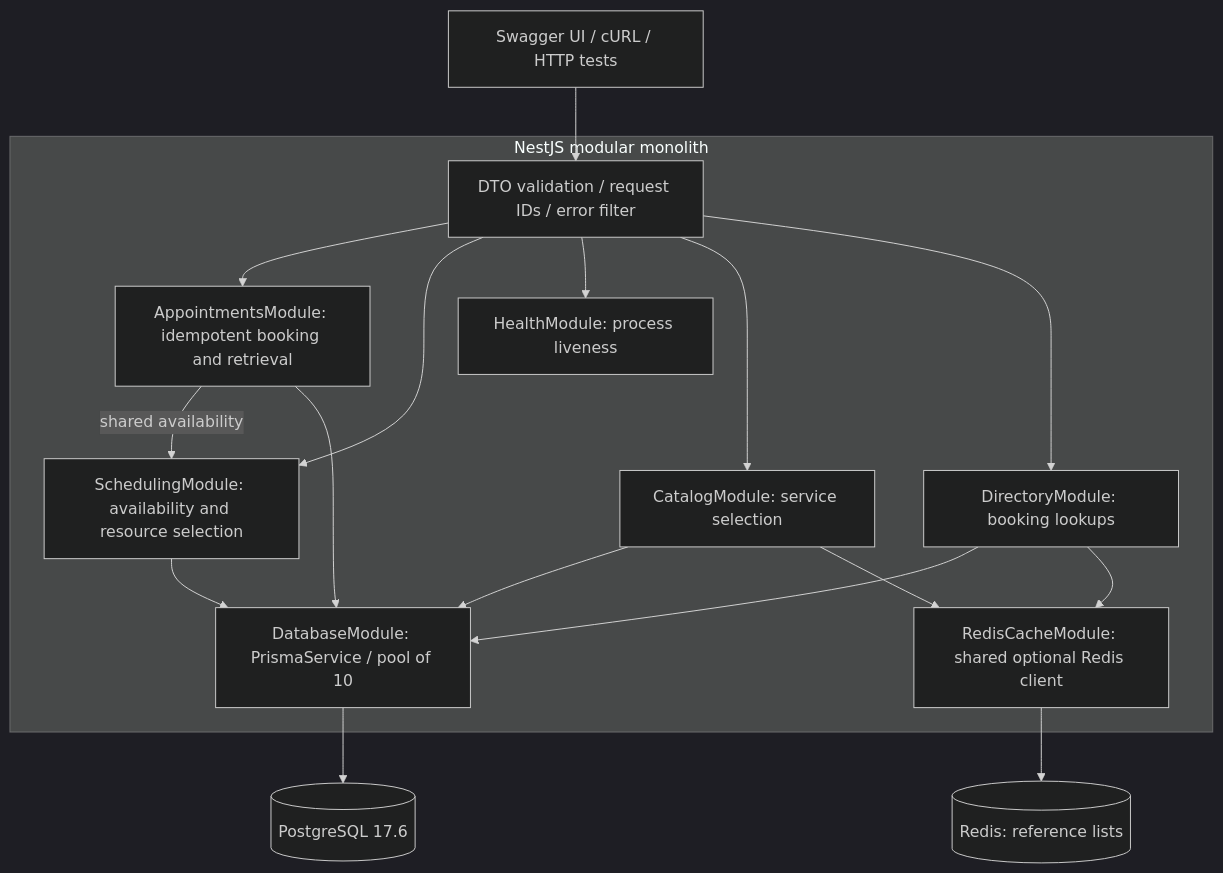
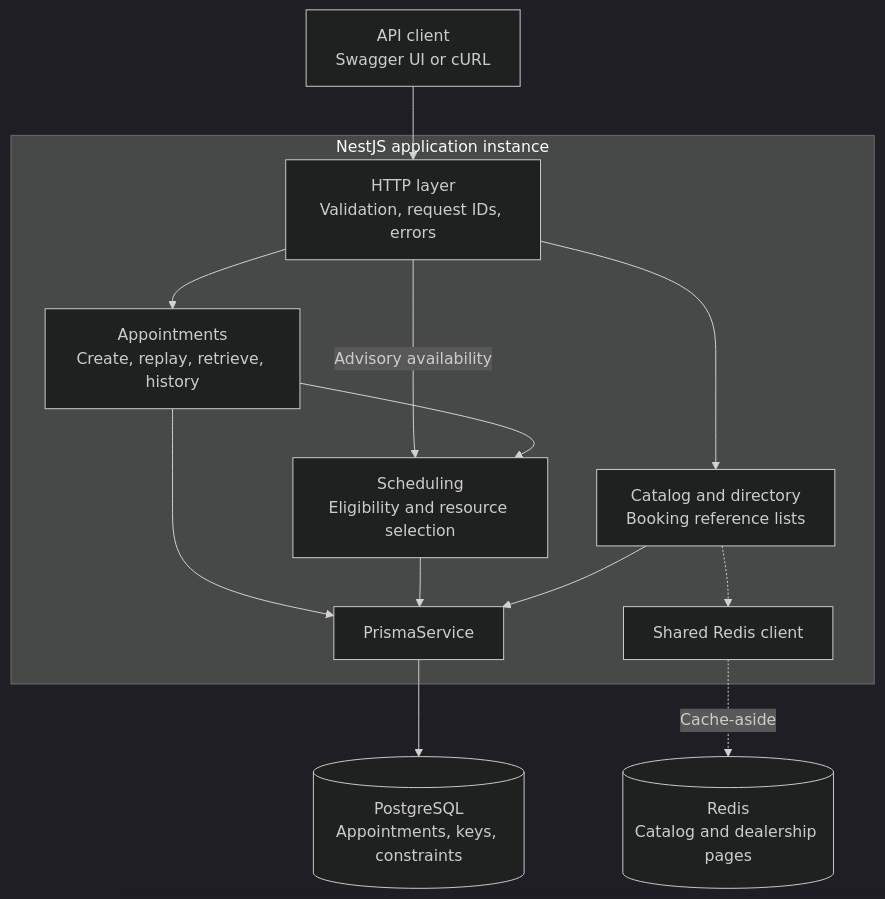
Before and after one commit to kiettle/keyloop-service-scheduler: the first of 5 diagrams in docs/SYSTEM_DESIGN.md, drawn with Mermaid (dark theme). The commit also changed other lines of this file and 47 other files, not shown here.

````diff
--- a/docs/SYSTEM_DESIGN.md
+++ b/docs/SYSTEM_DESIGN.md
@@ -28,28 +37,17 @@
 ```mermaid
 flowchart TB
-  Client["Swagger UI / cURL / HTTP tests"]
-  subgraph App["NestJS modular monolith"]
-    HTTP["DTO validation / request IDs / error filter"]
-    Bookings["AppointmentsModule: idempotent booking and retrieval"]
-    Scheduling["SchedulingModule: availability and resource selection"]
-    Health["HealthModule: process liveness"]
-    Catalog["CatalogModule: service selection"]
-    Cache["RedisCacheModule: shared optional Redis client"]
-    Prisma["DatabaseModule: PrismaService / pool of 10"]
-    HTTP --> Bookings
-    HTTP --> Scheduling
-    HTTP --> Health
-    HTTP --> Catalog
-    Catalog --> Prisma
-    Catalog --> Cache
-    HTTP --> Directory["DirectoryModule: booking lookups"]
-    Directory --> Prisma
-    Directory --> Cache
-    Bookings -->|shared availability| Scheduling
-    Bookings --> Prisma
+  Client["API client<br/>Swagger UI or cURL"] --> HTTP
+  subgraph App["NestJS application instance"]
+    HTTP["HTTP layer<br/>Validation, request IDs, errors"]
+    HTTP --> Appointments["Appointments<br/>Create, replay, retrieve, history"]
+    HTTP -->|Advisory availability| Scheduling
+    HTTP --> Reference["Catalog and directory<br/>Booking reference lists"]
+    Appointments --> Scheduling["Scheduling<br/>Eligibility and resource selection"]
+    Appointments --> Prisma["PrismaService"]
     Scheduling --> Prisma
+    Reference --> Prisma
+    Reference -.-> Cache["Shared Redis client"]
   end
-  Client --> HTTP
-  Prisma --> PG[("PostgreSQL 17.6")]
-  Cache --> Redis[("Redis: reference lists")]
+  Prisma --> PG[("PostgreSQL<br/>Appointments, keys, constraints")]
+  Cache -. "Cache-aside" .-> Redis[("Redis<br/>Catalog and dealership pages")]
 ```
````
